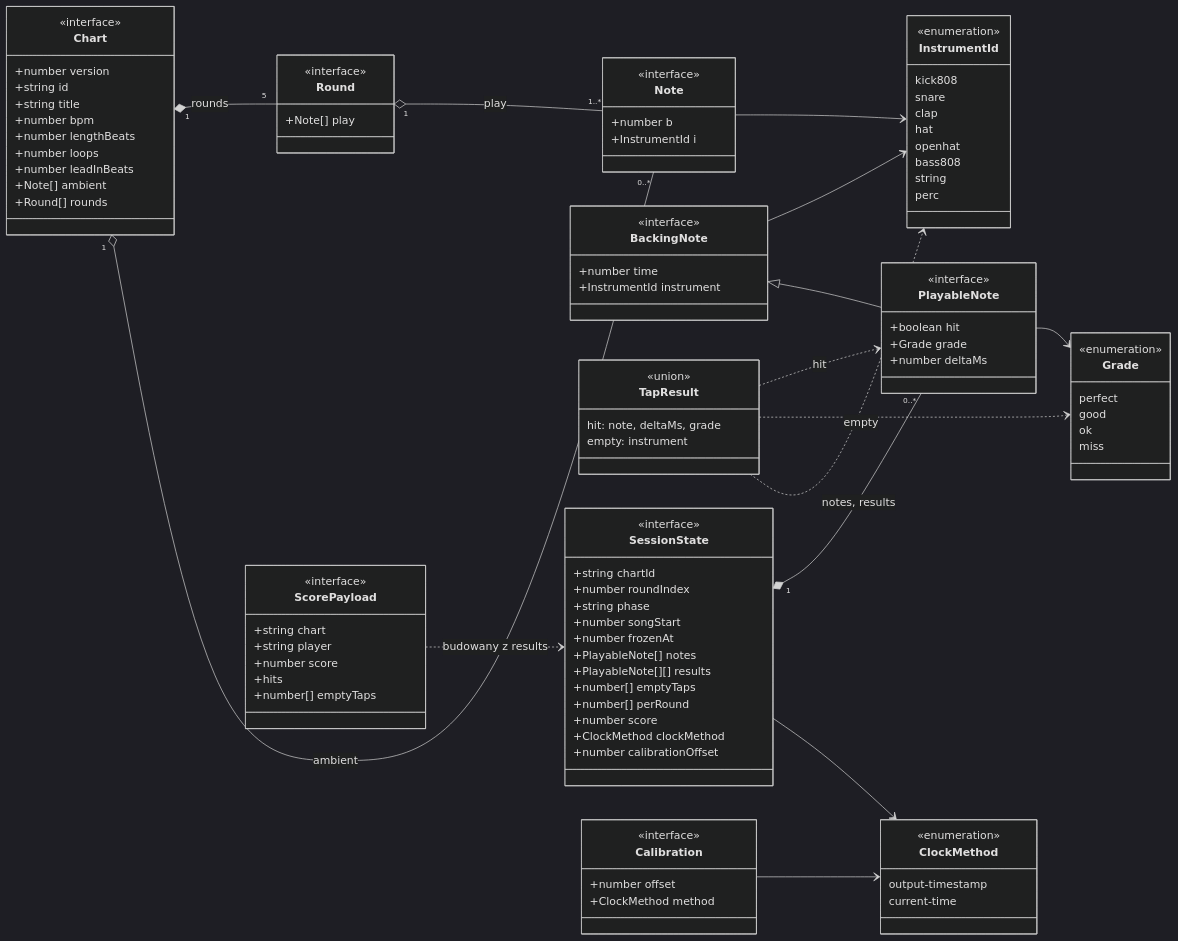
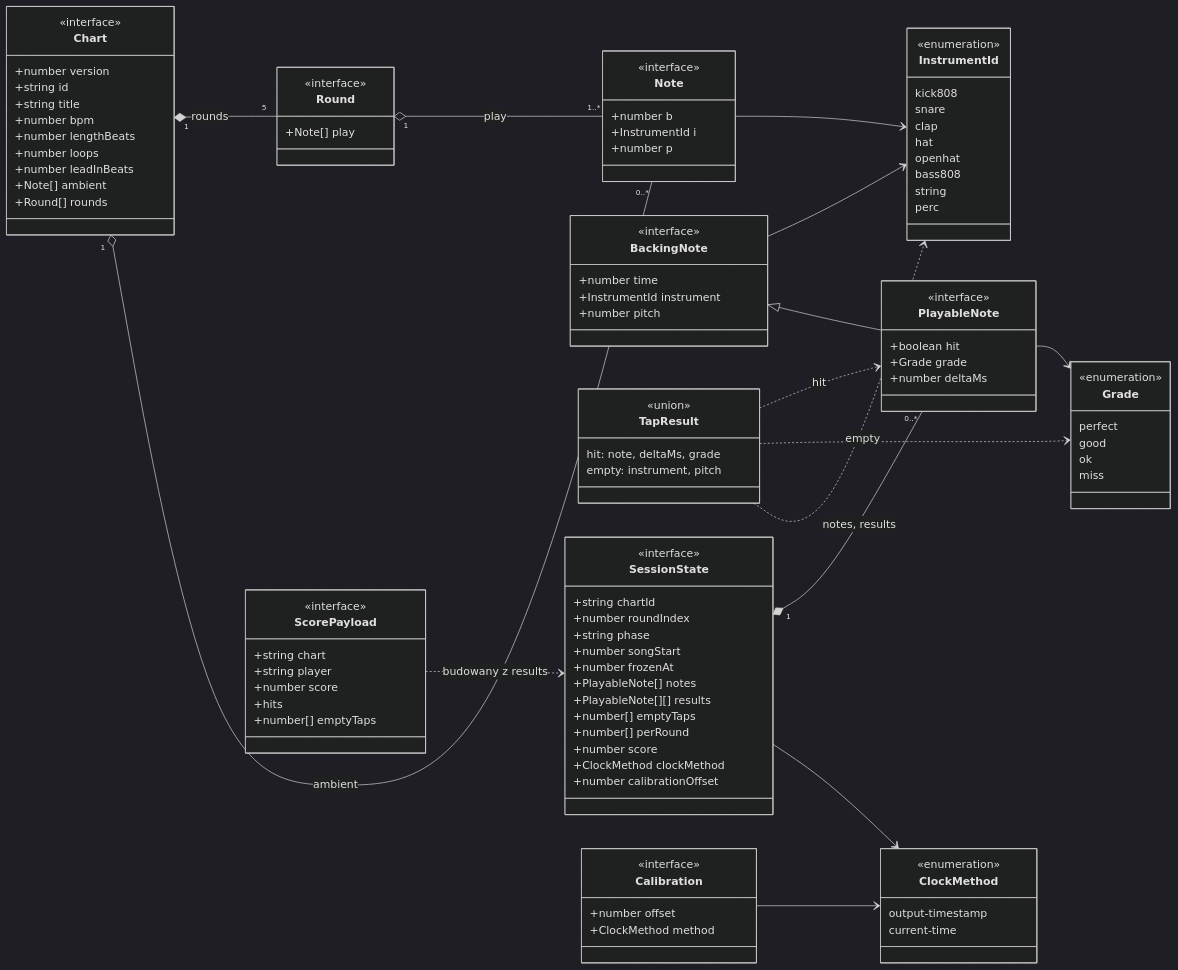
The first of 2 diagrams in docs/13-class-diagram.md (Adam2O5/hitline), drawn with Mermaid (dark theme) before and after one commit. The commit also changed other lines of this file and 31 other files, not shown here.

```diff
--- a/docs/13-class-diagram.md
+++ b/docs/13-class-diagram.md
@@ -40,6 +40,7 @@
     <<interface>>
     +number b
     +InstrumentId i
+    +number p
   }
 
   class Round {
@@ -64,6 +65,7 @@
     <<interface>>
     +number time
     +InstrumentId instrument
+    +number pitch
   }
 
   class PlayableNote {
@@ -76,7 +78,7 @@
   class TapResult {
     <<union>>
     hit: note, deltaMs, grade
-    empty: instrument
+    empty: instrument, pitch
   }
 
   class SessionState {
```
